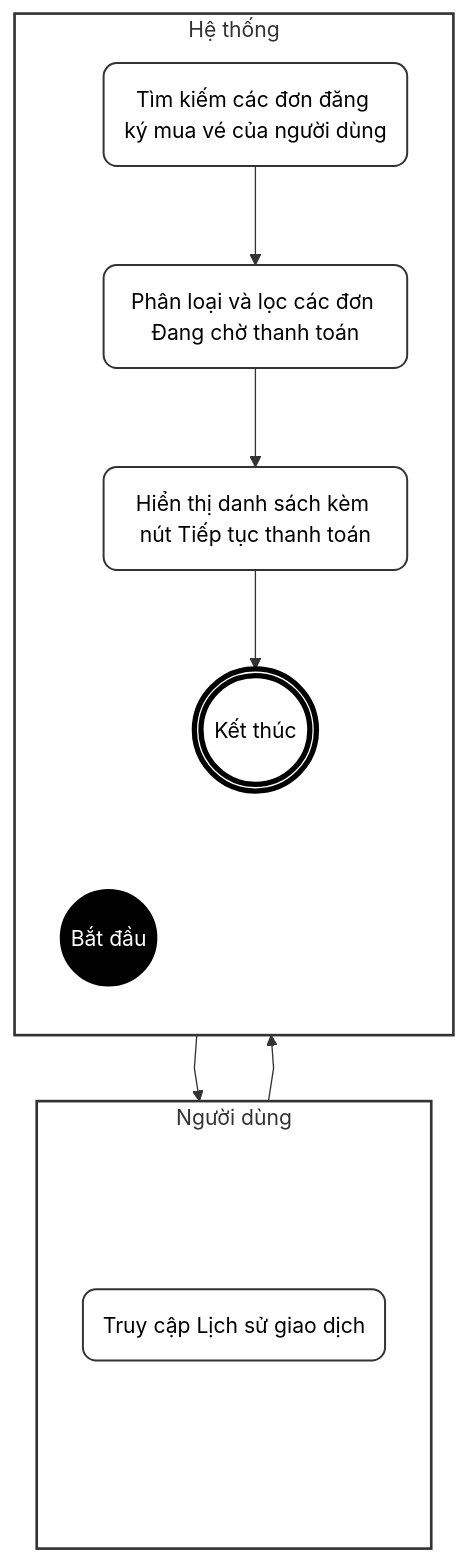
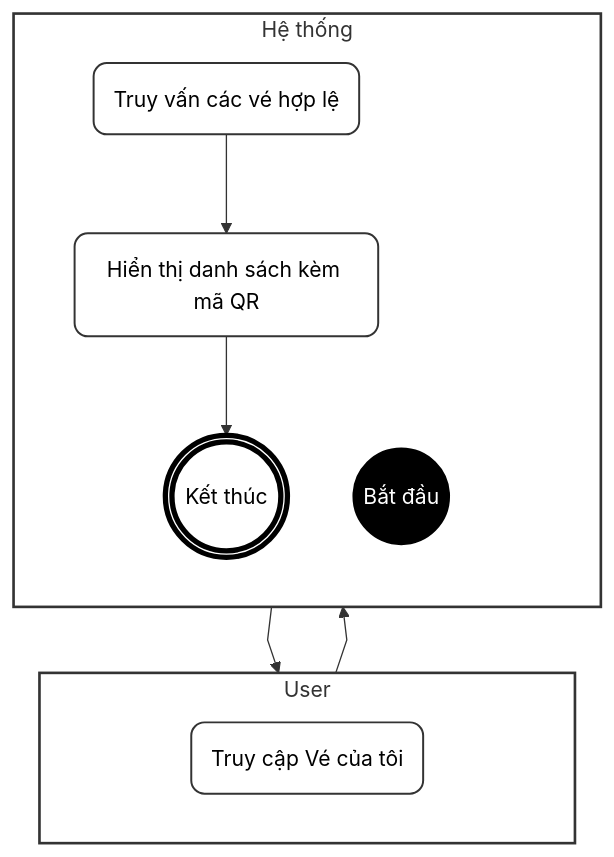
Before and after one commit to ChuDucAnh21/BE-quan-ly-su-kien: the fourth of 7 diagrams in doc/system_analysis/activity diagram/08d_activity_payment_ticket_checkin.md, drawn with Mermaid. The commit also changed other lines of this file and 14 other files, not shown here.

````diff
--- a/doc/system_analysis/activity diagram/08d_activity_payment_ticket_checkin.md
+++ b/doc/system_analysis/activity diagram/08d_activity_payment_ticket_checkin.md
@@ -404,44 +155,35 @@
 ```mermaid
 %%{init: {"flowchart": {"curve": "linear"}}}%%
 flowchart TD
     classDef default fill:#fff,stroke:#333,stroke-width:1.5px,color:#000,rx:10px,ry:10px;
     classDef startNode fill:#000,stroke:#000,color:#fff;
     classDef endNode fill:#fff,stroke:#000,stroke-width:4px,color:#000;
     classDef hidden fill:none,stroke:none,color:none;
 
-    subgraph TacNhan [Người dùng]
+    subgraph User [User]
         direction TB
         T_start(" "):::hidden
-        A(Truy cập Lịch sử giao dịch)
+        A(Truy cập Vé của tôi)
         T_end(" "):::hidden
     end
 
-    subgraph HeThong [Hệ thống]
+    subgraph System [Hệ thống]
         direction TB
         H_start(" "):::hidden
         Start((Bắt đầu)):::startNode
-        B(Tìm kiếm các đơn đăng ký mua vé của người dùng)
-        C(Phân loại và lọc các đơn Đang chờ thanh toán)
-        D(Hiển thị danh sách kèm nút Tiếp tục thanh toán)
+        B(Truy vấn các vé hợp lệ)
+        C(Hiển thị danh sách kèm mã QR)
         End(((Kết thúc))):::endNode
         H_end(" "):::hidden
     end
 
     T_start ~~~ H_start
     T_end ~~~ H_end
-
-    T_start ~~~ A
-    A ~~~ T_end
-
-    H_start ~~~ Start
-    End ~~~ H_end
-
     Start --> A
     A --> B
     B --> C
-    C --> D
-    D --> End
+    C --> End
 
-    style TacNhan fill:#fff,stroke:#333,stroke-width:2px
-    style HeThong fill:#fff,stroke:#333,stroke-width:2px
+    style User fill:#fff,stroke:#333,stroke-width:2px
+    style System fill:#fff,stroke:#333,stroke-width:2px
 ```
````
